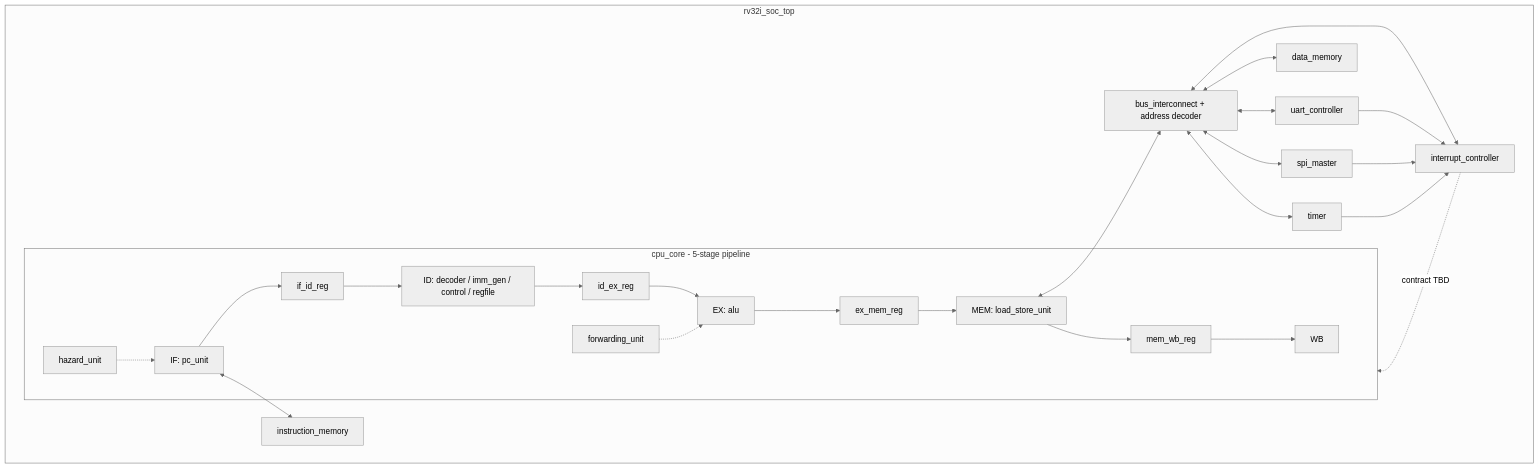
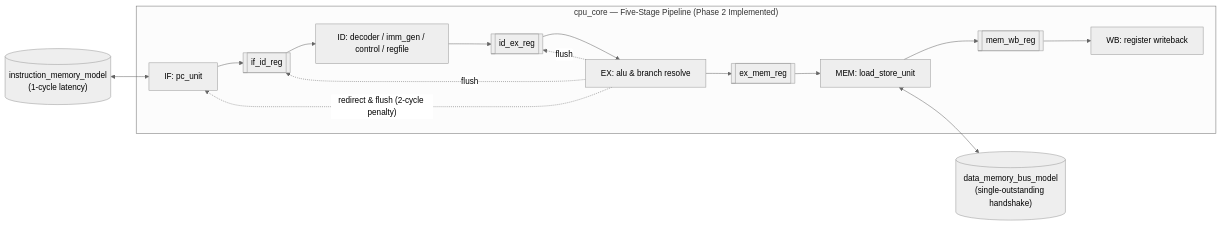
Before and after one commit to harshvardhan-31/RV32I-RISC-V-SoC-Design-and-Verification: the diagram in README.md, drawn with Mermaid (neutral theme). The commit also changed other lines of this file, not shown here.

Commit message:
Updated Readme for Phase 2

````diff
--- a/README.md
+++ b/README.md
@@ -10,28 +28,18 @@
 ```mermaid
-flowchart TB
-  subgraph TOP[rv32i_soc_top]
-    subgraph CPU[cpu_core - 5-stage pipeline]
-      IF[IF: pc_unit] --> IFID[if_id_reg] --> ID[ID: decoder / imm_gen / control / regfile] --> IDEX[id_ex_reg] --> EX[EX: alu] --> EXMEM[ex_mem_reg] --> MEM[MEM: load_store_unit] --> MEMWB[mem_wb_reg] --> WB[WB]
-      HZ[hazard_unit] -.-> IF
-      FW[forwarding_unit] -.-> EX
-    end
-    IMEM[instruction_memory]
-    BUS[bus_interconnect + address decoder]
-    DMEM[data_memory]
-    UART[uart_controller]
-    SPI[spi_master]
-    TMR[timer]
-    IRQ[interrupt_controller]
+flowchart LR
+  subgraph CPU["cpu_core — Five-Stage Pipeline (Phase 2 Implemented)"]
+    IF["IF: pc_unit"] --> IFID[["if_id_reg"]]
+    IFID --> ID["ID: decoder / imm_gen / control / regfile"]
+    ID --> IDEX[["id_ex_reg"]]
+    IDEX --> EX["EX: alu & branch resolve"]
+    EX --> EXMEM[["ex_mem_reg"]]
+    EXMEM --> MEM["MEM: load_store_unit"]
+    MEM --> MEMWB[["mem_wb_reg"]]
+    MEMWB --> WB["WB: register writeback"]
+    EX -. "redirect & flush (2-cycle penalty)" .-> IF
+    EX -. flush .-> IFID
+    EX -. flush .-> IDEX
   end
-  IF <--> IMEM
-  MEM <--> BUS
-  BUS <--> DMEM
-  BUS <--> UART
-  BUS <--> SPI
-  BUS <--> TMR
-  BUS <--> IRQ
-  UART --> IRQ
-  SPI --> IRQ
-  TMR --> IRQ
-  IRQ -. contract TBD .-> CPU
+  IMEM[("instruction_memory_model<br/>(1-cycle latency)")] <--> IF
+  MEM <--> DMEM[("data_memory_bus_model<br/>(single-outstanding handshake)")]
 ```
````
